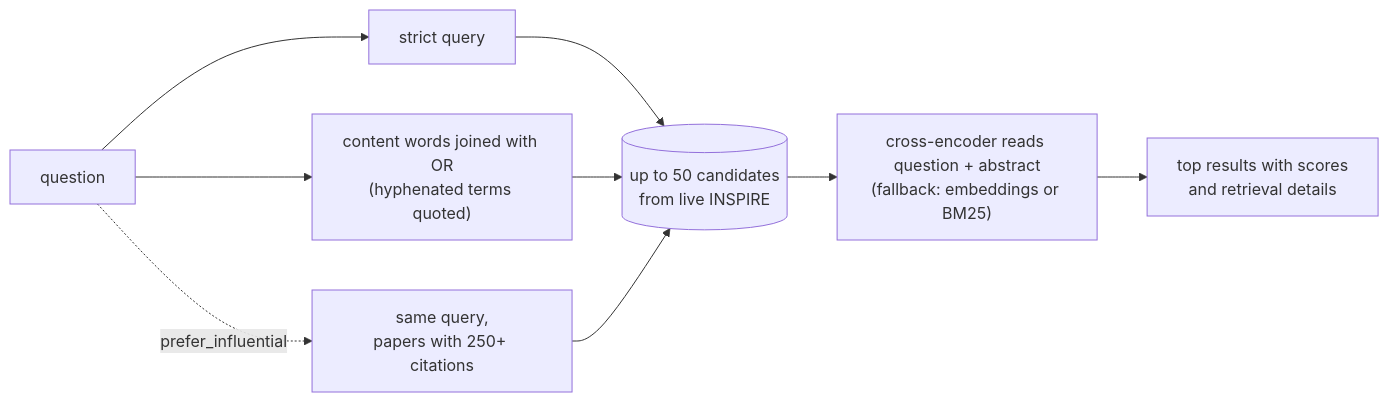
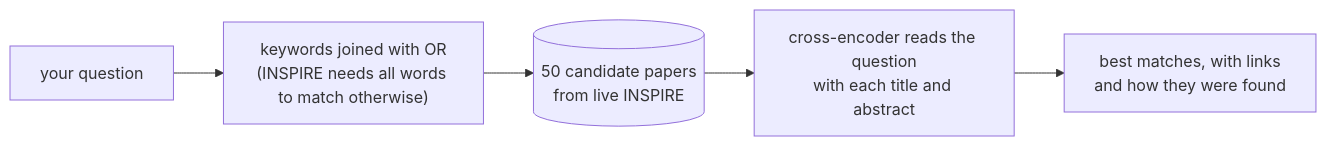
One commit to JacopoTorasso/inspire-mcp changed the diagram in README.md. Above: the diagram before and after it, drawn with Mermaid. The commit also changed other lines of this file and 17 other files, not shown here.

````diff
--- a/README.md
+++ b/README.md
@@ -87,9 +131,7 @@
 ```mermaid
 flowchart LR
-    Q[question] --> S[strict query]
-    Q --> O["content words joined with OR<br/>(hyphenated terms quoted)"]
-    Q -. prefer_influential .-> I["same query,<br/>papers with 250+ citations"]
-    S & O & I --> P[(up to 50 candidates<br/>from live INSPIRE)]
-    P --> R["cross-encoder reads question + abstract<br/>(fallback: embeddings or BM25)"]
-    R --> A[top results with scores<br/>and retrieval details]
+    Q[your question] --> K["keywords joined with OR<br/>(INSPIRE needs all words to match otherwise)"]
+    K --> P[(50 candidate papers<br/>from live INSPIRE)]
+    P --> R["cross-encoder reads the question<br/>with each title and abstract"]
+    R --> A[best matches, with links<br/>and how they were found]
 ```
````
